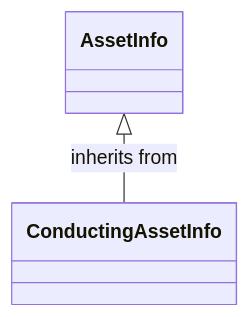
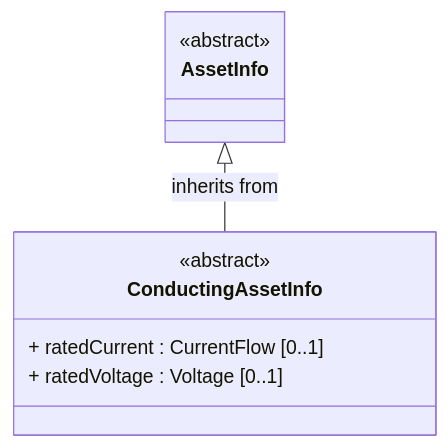
The ninth of 14 diagrams in cimgraph/data_profile/cim18gmdm/asset/Asset.rdfs-t2b.md (PNNL-CIM-Tools/CIM-Graph), drawn with Mermaid before and after one commit. The commit also changed other lines of this file and 28 other files, not shown here.

````diff
--- a/cimgraph/data_profile/cim18gmdm/asset/Asset.rdfs-t2b.md
+++ b/cimgraph/data_profile/cim18gmdm/asset/Asset.rdfs-t2b.md
@@ -399,6 +455,16 @@
 ```mermaid
 classDiagram
-class ConductingAssetInfo{
+direction TB
+
+class ConductingAssetInfo {
+<<abstract>>
++ ratedCurrent : CurrentFlow [0..1]
++ ratedVoltage : Voltage [0..1]
 }
+
+class AssetInfo {
+<<abstract>>
+}
+
 AssetInfo <|-- ConductingAssetInfo : inherits from
 ```
````
